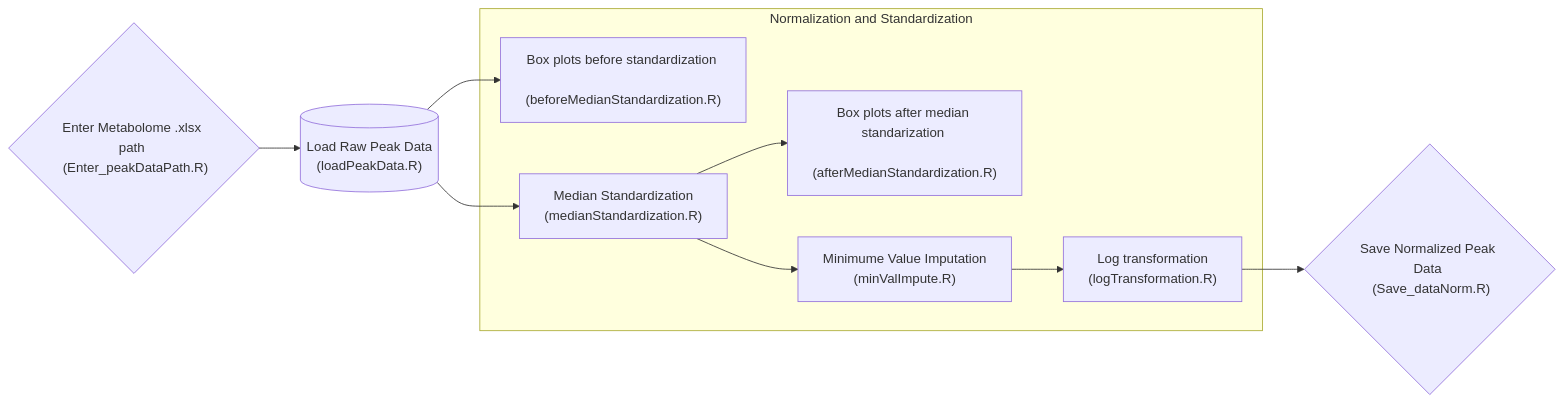
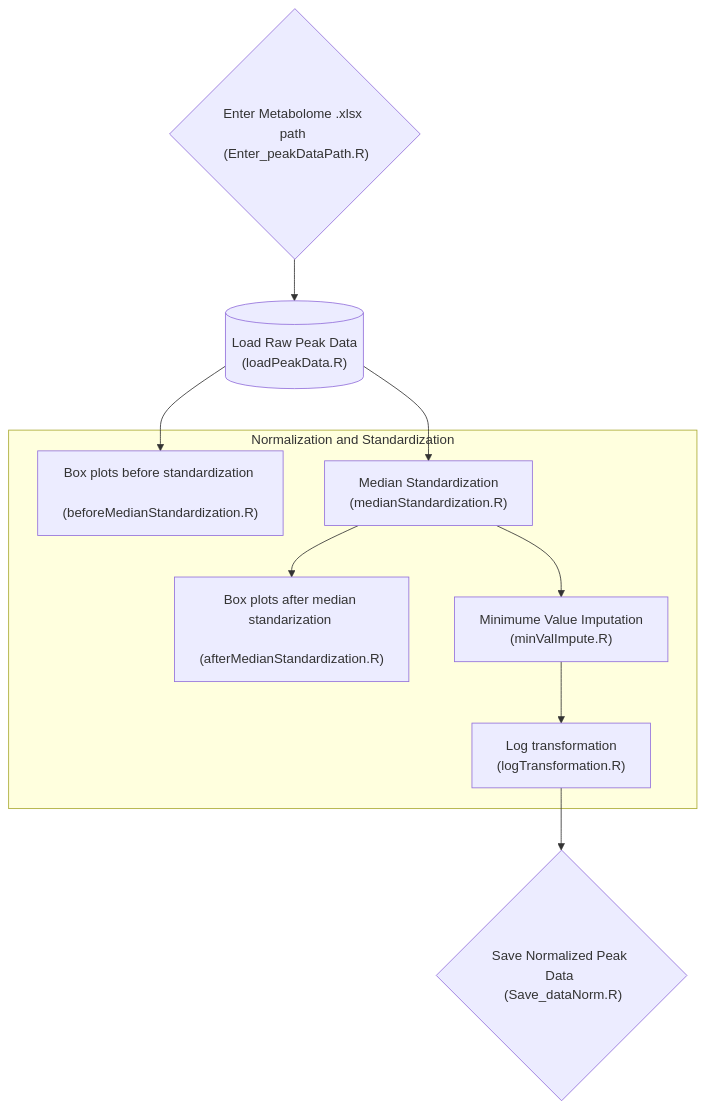
Before and after one commit to datalifecycle-ua/MetabolomicsPipeline: the first of 8 diagrams in README.qmd, drawn with Mermaid. The commit also changed 2 other files, not shown here.

Commit message:
updating pipelines

````diff
--- a/README.qmd
+++ b/README.qmd
@@ -85,33 +85,33 @@
 ```{mermaid}
-flowchart LR
+flowchart TD
 
     %% enter all modules
     A{"Enter Metabolome .xlsx path <br> (Enter_peakDataPath.R)" }
     
     B[("Load Raw Peak Data <br> (loadPeakData.R)")]
 
     C["Box plots before standardization <br> (beforeMedianStandardization.R)"]
 
     D["Median Standardization <br> (medianStandardization.R)"]
 
     E["Box plots after median standarization <br> (afterMedianStandardization.R)"]
 
     F["Minimume Value Imputation <br> (minValImpute.R)"]
 
     G["Log transformation <br> (logTransformation.R)"]
 
     H{"Save Normalized Peak Data <br> (Save_dataNorm.R)"}
 
 %% Create contections between nodes
 A --> B
 B --> C
 B --> D
 subgraph "Normalization and Standardization"
   C
   D --> E
   D --> F
   F --> G
 
 end
 G --> H
 ```
````
